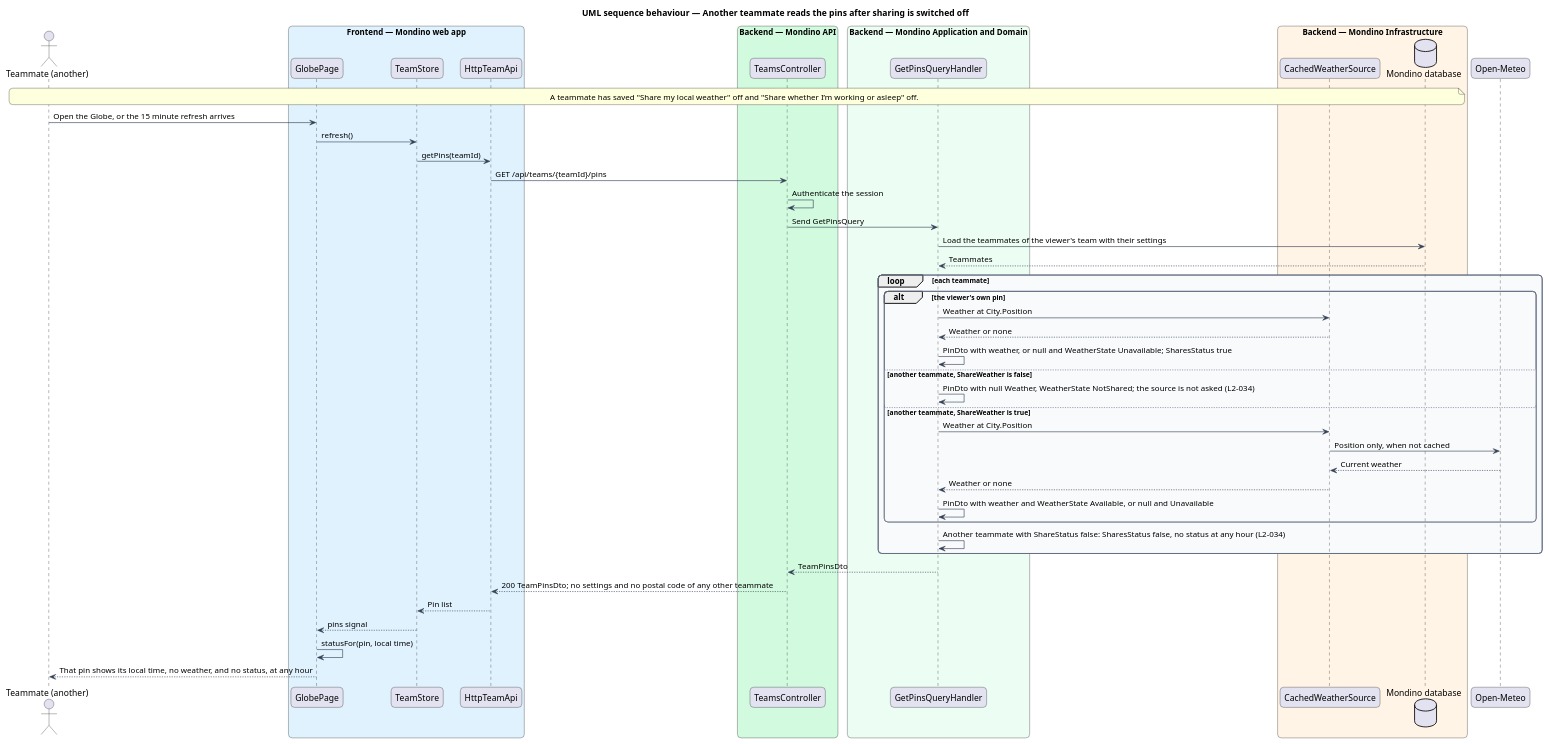
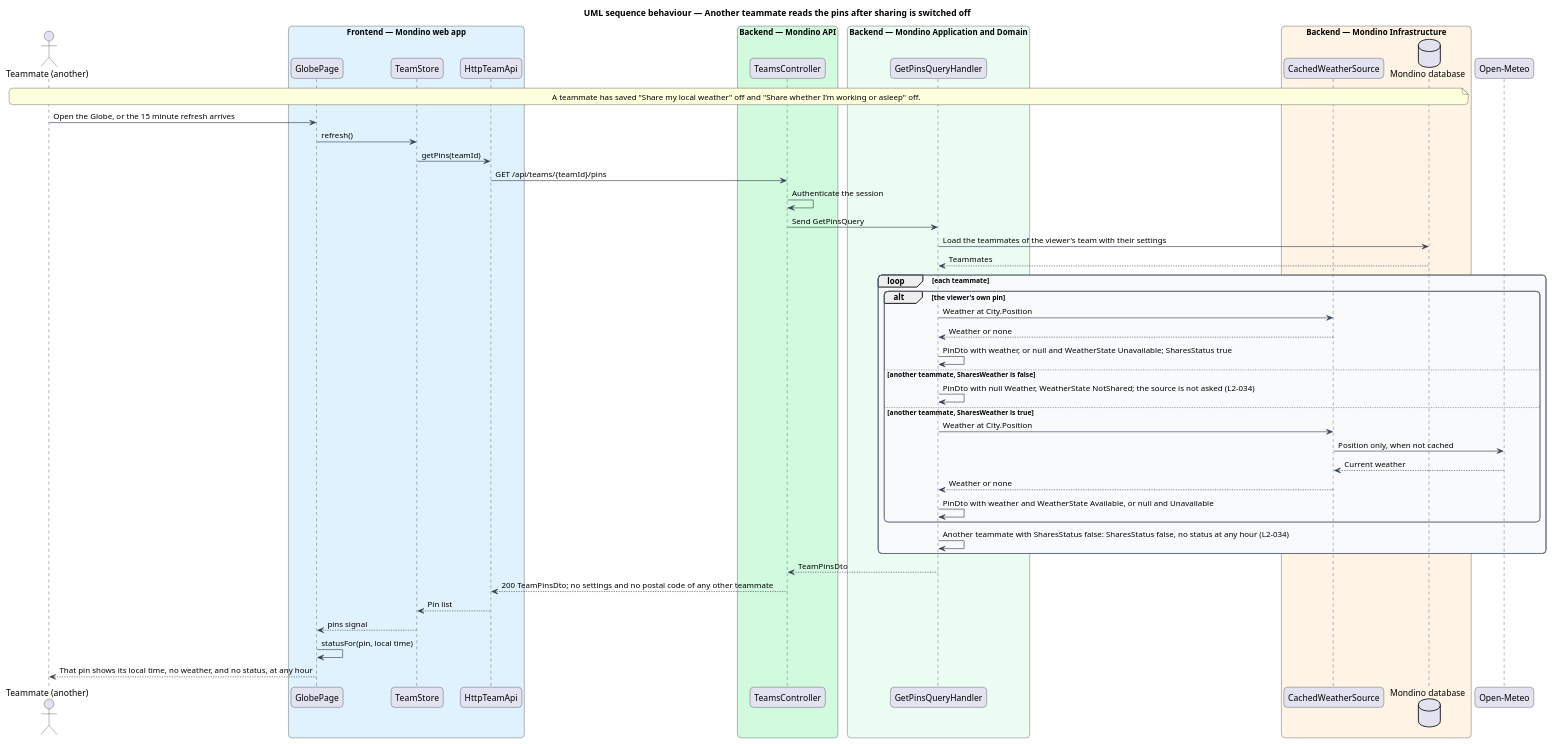
The diagram in docs/detailed-designs/profile/choose-display-and-sharing/diagrams/sequence-read-pins-after-sharing-off.puml (QuinntyneBrown/Mondino), drawn with PlantUML before and after one commit. The commit also changed 13 other files, not shown here.

```diff
--- a/docs/detailed-designs/profile/choose-display-and-sharing/diagrams/sequence-read-pins-after-sharing-off.puml
+++ b/docs/detailed-designs/profile/choose-display-and-sharing/diagrams/sequence-read-pins-after-sharing-off.puml
@@ -1,65 +1,65 @@
 @startuml
 title UML sequence behaviour — Another teammate reads the pins after sharing is switched off
 skinparam backgroundColor #FFFFFF
 skinparam shadowing false
 skinparam roundcorner 12
 skinparam defaultFontName Arial
 skinparam ArrowColor #344054
 skinparam rectangle {
   BorderColor #344054
   FontColor #101828
 }
 skinparam package {
   BorderColor #667085
   FontColor #101828
   BackgroundColor #F9FAFB
 }
 actor "Teammate (another)" as actor
 box "Frontend — Mondino web app" #E0F2FE
   participant "GlobePage" as page
   participant "TeamStore" as store
   participant "HttpTeamApi" as client
 end box
 box "Backend — Mondino API" #D1FADF
   participant "TeamsController" as controller
 end box
 box "Backend — Mondino Application and Domain" #ECFDF3
   participant "GetPinsQueryHandler" as handler
 end box
 box "Backend — Mondino Infrastructure" #FFF4E5
   participant "CachedWeatherSource" as weather
   database "Mondino database" as db
 end box
 participant "Open-Meteo" as meteo
 note over actor, db : A teammate has saved "Share my local weather" off and "Share whether I’m working or asleep" off.
 actor -> page : Open the Globe, or the 15 minute refresh arrives
 page -> store : refresh()
 store -> client : getPins(teamId)
 client -> controller : GET /api/teams/{teamId}/pins
 controller -> controller : Authenticate the session
 controller -> handler : Send GetPinsQuery
 handler -> db : Load the teammates of the viewer's team with their settings
 db --> handler : Teammates
 loop each teammate
   alt the viewer's own pin
     handler -> weather : Weather at City.Position
     weather --> handler : Weather or none
     handler -> handler : PinDto with weather, or null and WeatherState Unavailable; SharesStatus true
-  else another teammate, ShareWeather is false
+  else another teammate, SharesWeather is false
     handler -> handler : PinDto with null Weather, WeatherState NotShared; the source is not asked (L2-034)
-  else another teammate, ShareWeather is true
+  else another teammate, SharesWeather is true
     handler -> weather : Weather at City.Position
     weather -> meteo : Position only, when not cached
     meteo --> weather : Current weather
     weather --> handler : Weather or none
     handler -> handler : PinDto with weather and WeatherState Available, or null and Unavailable
   end
-  handler -> handler : Another teammate with ShareStatus false: SharesStatus false, no status at any hour (L2-034)
+  handler -> handler : Another teammate with SharesStatus false: SharesStatus false, no status at any hour (L2-034)
 end
 handler --> controller : TeamPinsDto
 controller --> client : 200 TeamPinsDto; no settings and no postal code of any other teammate
 client --> store : Pin list
 store --> page : pins signal
 page -> page : statusFor(pin, local time)
 page --> actor : That pin shows its local time, no weather, and no status, at any hour
 @enduml
```
